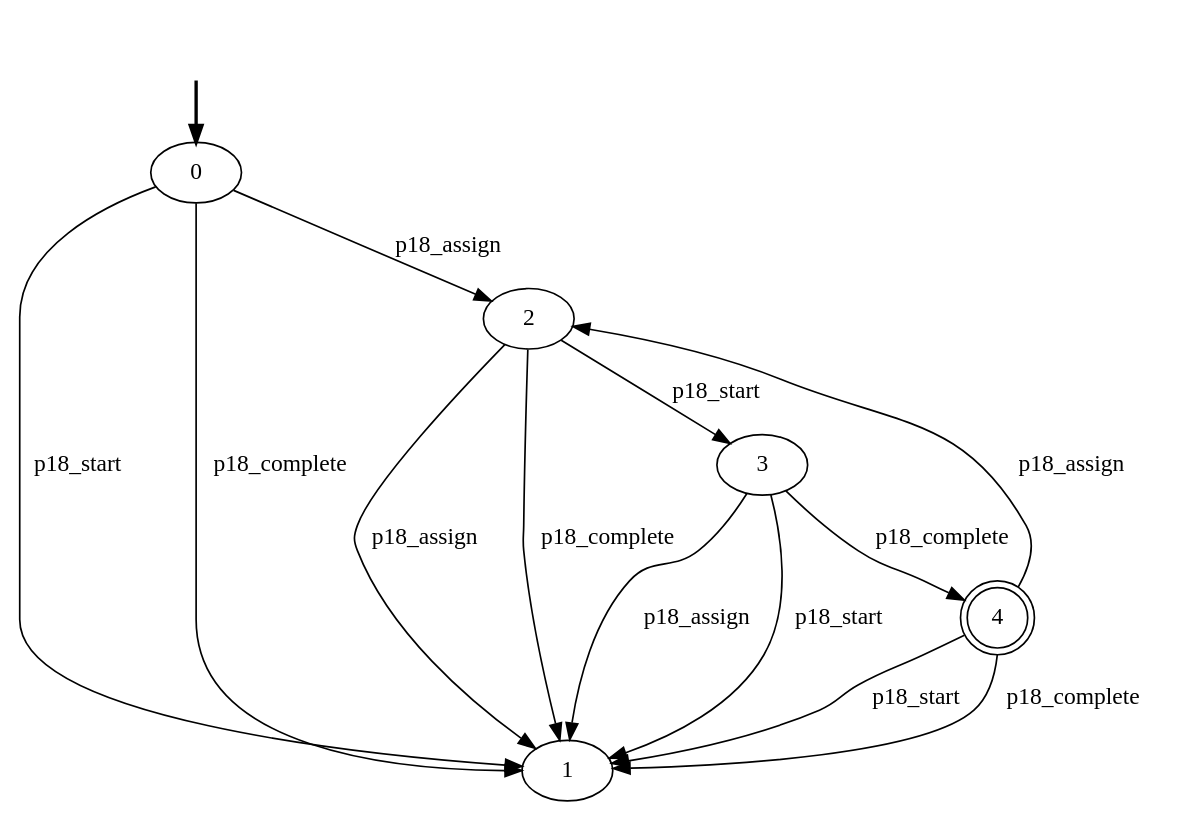
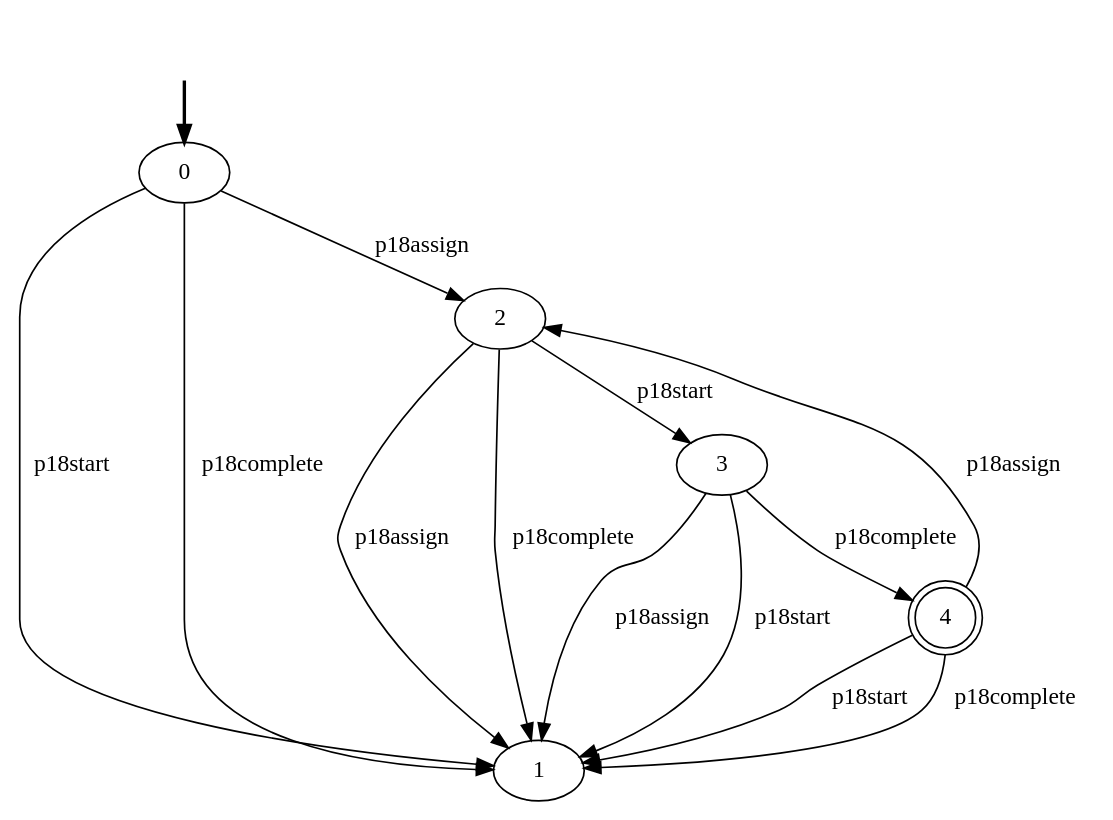
The diagram in Plan-based_Data_Aware_Declarative_Conf_Checker/resources/declarative-models/Data-Aware/5-CONSTRAINTS/p18_lifecycle.dot (GianmarcoBordin/pddlTranslator), drawn with Graphviz before and after one commit. The commit also changed 246 other files, not shown here.

```diff
--- a/Plan-based_Data_Aware_Declarative_Conf_Checker/resources/declarative-models/Data-Aware/5-CONSTRAINTS/p18_lifecycle.dot
+++ b/Plan-based_Data_Aware_Declarative_Conf_Checker/resources/declarative-models/Data-Aware/5-CONSTRAINTS/p18_lifecycle.dot
@@ -1,21 +1,21 @@
 digraph {
-		fake0 [style=invisible]
-		0 [root=true]
-		1
-		2
-		3
-		4 [shape=doublecircle]
-		fake0 -> 0 [style=bold]
-		2 -> 1 [label=p18_assign]
-		2 -> 3 [label=p18_start]
-		2 -> 1 [label=p18_complete]
-		3 -> 1 [label=p18_assign]
-		3 -> 1 [label=p18_start]
-		3 -> 4 [label=p18_complete]
-		4 -> 2 [label=p18_assign]
-		4 -> 1 [label=p18_start]
-		4 -> 1 [label=p18_complete]
-		0 -> 2 [label=p18_assign]
-		0 -> 1 [label=p18_start]
-		0 -> 1 [label=p18_complete]
+	fake0 [style=invisible]
+	0 [root=true]
+	1
+	2
+	3
+	4 [shape=doublecircle]
+	fake0 -> 0 [style=bold]
+	2 -> 1 [label=p18assign]
+	2 -> 3 [label=p18start]
+	2 -> 1 [label=p18complete]
+	3 -> 1 [label=p18assign]
+	3 -> 1 [label=p18start]
+	3 -> 4 [label=p18complete]
+	4 -> 2 [label=p18assign]
+	4 -> 1 [label=p18start]
+	4 -> 1 [label=p18complete]
+	0 -> 2 [label=p18assign]
+	0 -> 1 [label=p18start]
+	0 -> 1 [label=p18complete]
 }
```
